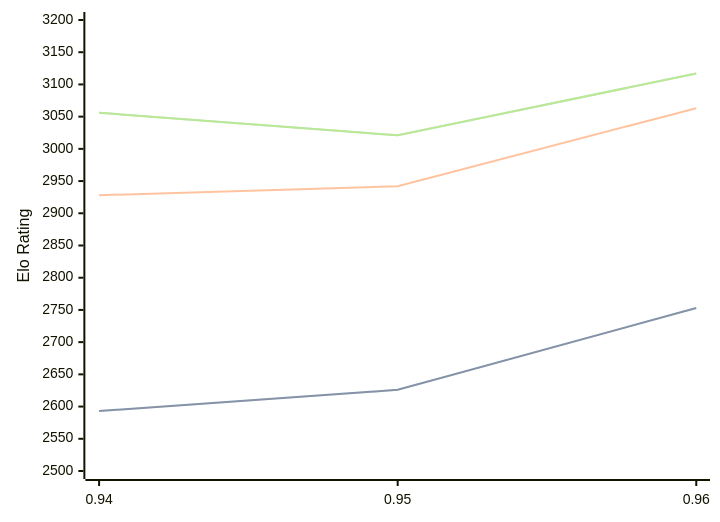
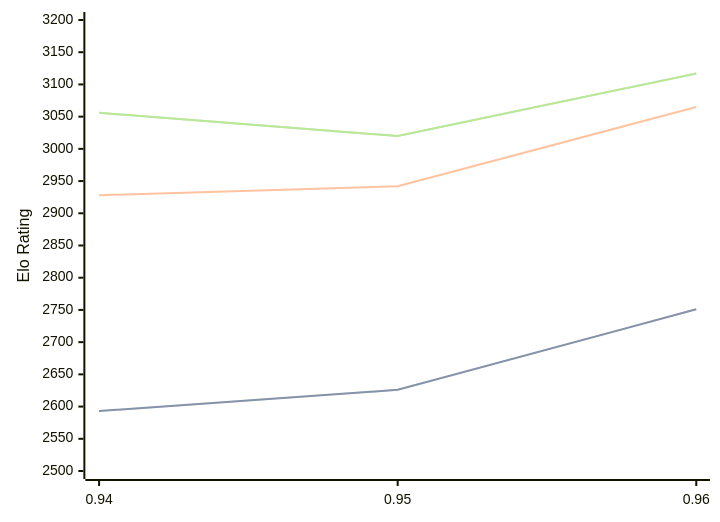
One commit to computer-chess-index/cci changed the diagram in engines/Myrddin.md. Above: the diagram before and after it, drawn with Mermaid. The commit also changed other lines of this file, not shown here.

Commit message:
Update CCI Ratings (ELO VLTC) - 2026-08-28

````diff
--- a/engines/Myrddin.md
+++ b/engines/Myrddin.md
@@ -33,11 +33,11 @@
 ```mermaid
 %%{init: {"theme":"base","themeVariables":{"seriesColors:['#a3a3a3','#222221','#faa371']}}}%%
 xychart-beta
   x-axis ["0.94", "0.95", "0.96"]
   y-axis "Elo Rating" 2500 --> 3200
-  line "" [2593, 2626, 2753]
-  line "STC (8.0+0.08s)" [2593, 2626, 2753]
-  line "LTC (60.0+0.60s)" [2928, 2942, 3063]
-  line "" [3056, 3021, 3117]
-  line "VLTC (2m24s+1.12s)" [3056, 3021, 3117]
+  line "" [2593, 2626, 2751]
+  line "STC (8.0+0.08s)" [2593, 2626, 2751]
+  line "LTC (60.0+0.60s)" [2928, 2942, 3065]
+  line "" [3056, 3020, 3117]
+  line "VLTC (2m24s+1.12s)" [3056, 3020, 3117]
 ```
````
